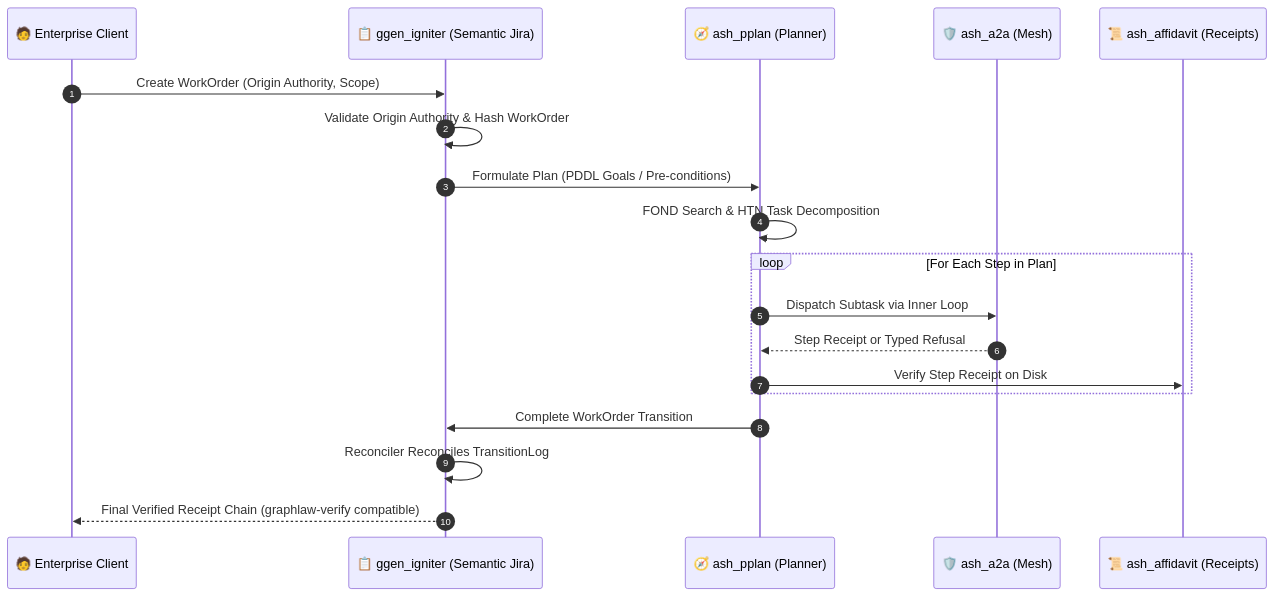
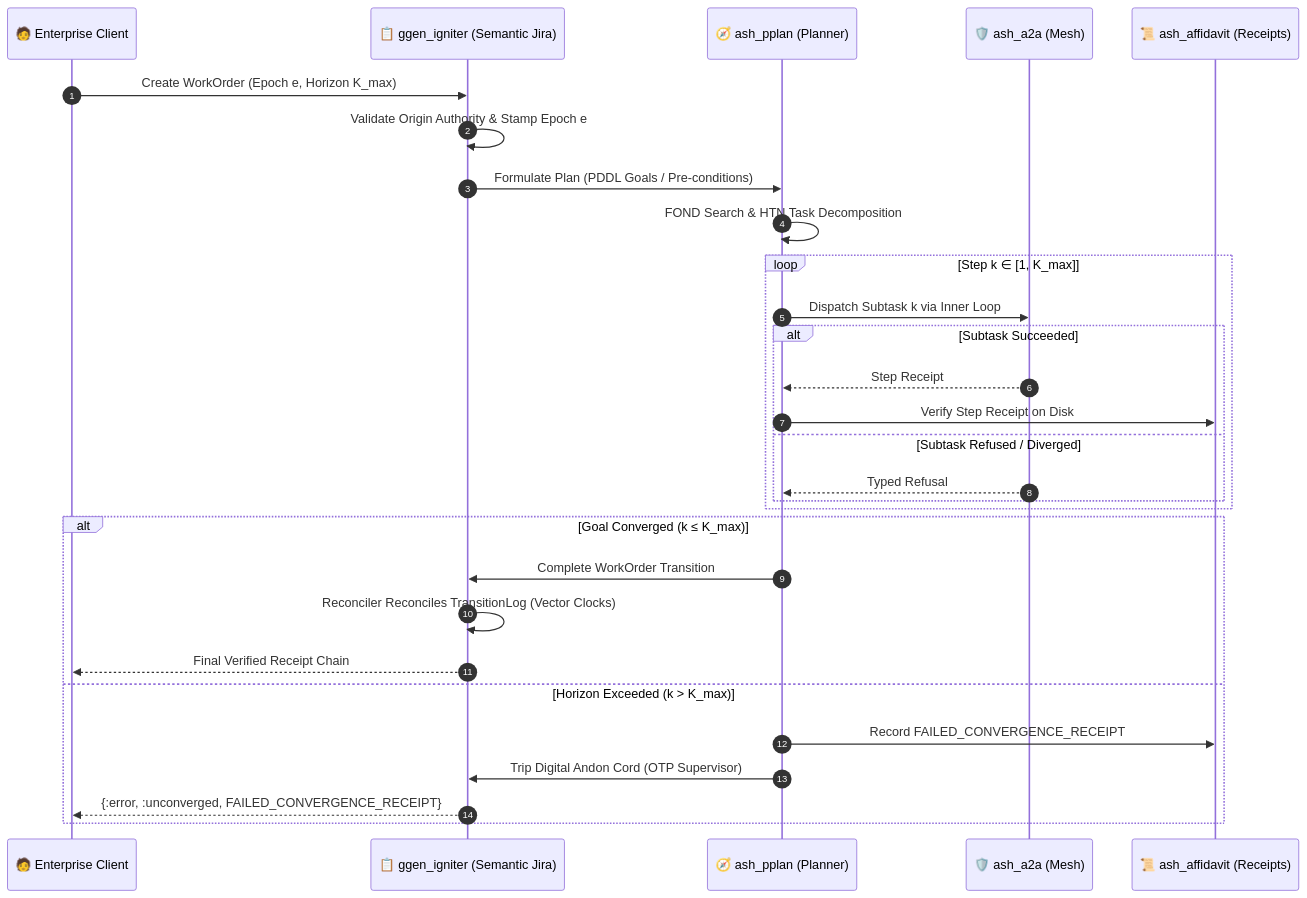
One commit to seanchatmangpt/chatman-ecosystem changed the fifth of 6 diagrams in docs/architecture/loops-of-loops.md. Above: the diagram before and after it, drawn with Mermaid. The commit also changed other lines of this file, not shown here.

Commit message:
docs(architecture): harden loops-of-loops with differential projection, epistemic horizon, and monotonic restriction

````diff
--- a/docs/architecture/loops-of-loops.md
+++ b/docs/architecture/loops-of-loops.md
@@ -197,22 +206,32 @@
 ```mermaid
 sequenceDiagram
     autonumber
     participant Client as 🧑 Enterprise Client
     participant IGN as 📋 ggen_igniter (Semantic Jira)
     participant PPLAN as 🧭 ash_pplan (Planner)
     participant A2A as 🛡️ ash_a2a (Mesh)
     participant AFF as 📜 ash_affidavit (Receipts)
 
-    Client->>IGN: Create WorkOrder (Origin Authority, Scope)
-    IGN->>IGN: Validate Origin Authority & Hash WorkOrder
+    Client->>IGN: Create WorkOrder (Epoch e, Horizon K_max)
+    IGN->>IGN: Validate Origin Authority & Stamp Epoch e
     IGN->>PPLAN: Formulate Plan (PDDL Goals / Pre-conditions)
     PPLAN->>PPLAN: FOND Search & HTN Task Decomposition
-    loop For Each Step in Plan
-        PPLAN->>A2A: Dispatch Subtask via Inner Loop
-        A2A-->>PPLAN: Step Receipt or Typed Refusal
-        PPLAN->>AFF: Verify Step Receipt on Disk
+    loop Step k ∈ [1, K_max]
+        PPLAN->>A2A: Dispatch Subtask k via Inner Loop
+        alt Subtask Succeeded
+            A2A-->>PPLAN: Step Receipt
+            PPLAN->>AFF: Verify Step Receipt on Disk
+        else Subtask Refused / Diverged
+            A2A-->>PPLAN: Typed Refusal
+        end
     end
-    PPLAN->>IGN: Complete WorkOrder Transition
-    IGN->>IGN: Reconciler Reconciles TransitionLog
-    IGN-->>Client: Final Verified Receipt Chain (graphlaw-verify compatible)
+    alt Goal Converged (k ≤ K_max)
+        PPLAN->>IGN: Complete WorkOrder Transition
+        IGN->>IGN: Reconciler Reconciles TransitionLog (Vector Clocks)
+        IGN-->>Client: Final Verified Receipt Chain
+    else Horizon Exceeded (k > K_max)
+        PPLAN->>AFF: Record FAILED_CONVERGENCE_RECEIPT
+        PPLAN->>IGN: Trip Digital Andon Cord (OTP Supervisor)
+        IGN-->>Client: {:error, :unconverged, FAILED_CONVERGENCE_RECEIPT}
+    end
 ```
````
